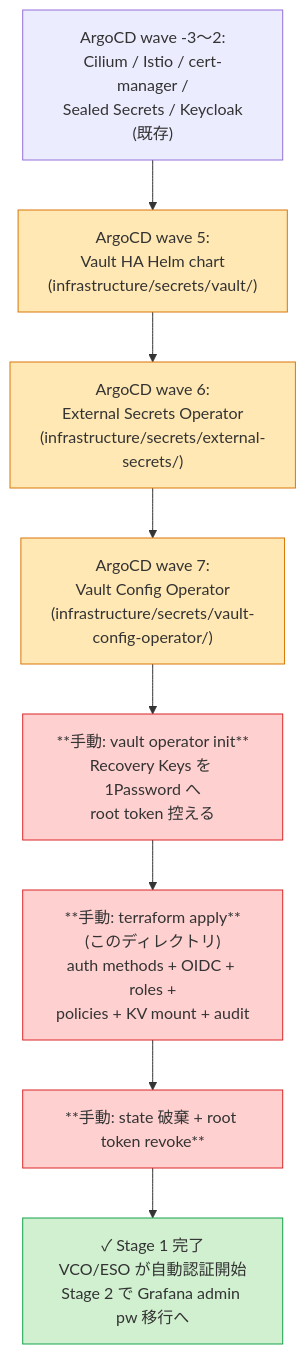
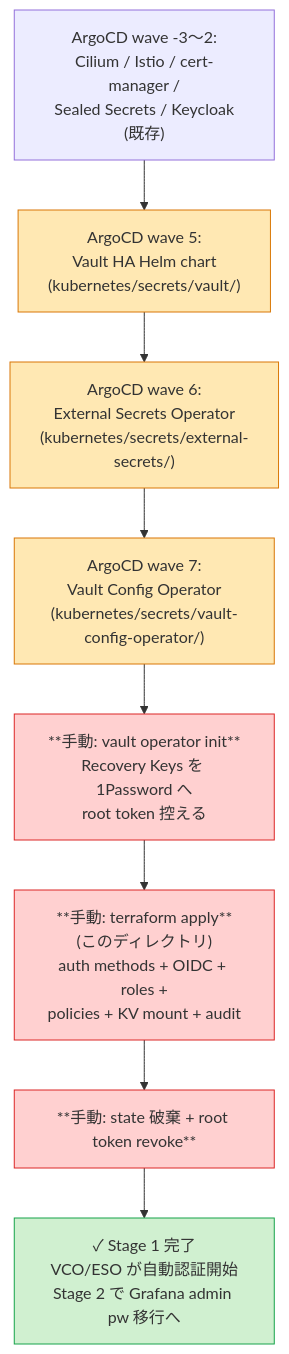
Before and after one commit to yu-min3/kensan-lab: the diagram in bootstrap/vault/README.md, drawn with Mermaid. The commit also changed other lines of this file and 276 other files, not shown here.

First line of the commit message:
refactor: infrastructure/ → kubernetes/ にリネーム (#322)

````diff
--- a/bootstrap/vault/README.md
+++ b/bootstrap/vault/README.md
@@ -85,21 +85,21 @@
 ```mermaid
 flowchart TB
     A["ArgoCD wave -3〜2:<br/>Cilium / Istio / cert-manager /<br/>Sealed Secrets / Keycloak<br/>(既存)"]
-    B["ArgoCD wave 5:<br/>Vault HA Helm chart<br/>(infrastructure/secrets/vault/)"]
-    C["ArgoCD wave 6:<br/>External Secrets Operator<br/>(infrastructure/secrets/external-secrets/)"]
-    D["ArgoCD wave 7:<br/>Vault Config Operator<br/>(infrastructure/secrets/vault-config-operator/)"]
+    B["ArgoCD wave 5:<br/>Vault HA Helm chart<br/>(kubernetes/secrets/vault/)"]
+    C["ArgoCD wave 6:<br/>External Secrets Operator<br/>(kubernetes/secrets/external-secrets/)"]
+    D["ArgoCD wave 7:<br/>Vault Config Operator<br/>(kubernetes/secrets/vault-config-operator/)"]
     E["**手動: vault operator init**<br/>Recovery Keys を 1Password へ<br/>root token 控える"]
     F["**手動: terraform apply**<br/>(このディレクトリ)<br/>auth methods + OIDC + roles +<br/>policies + KV mount + audit"]
     G["**手動: state 破棄 + root token revoke**"]
     H["✓ Stage 1 完了<br/>VCO/ESO が自動認証開始<br/>Stage 2 で Grafana admin pw 移行へ"]
 
     A --> B --> C --> D --> E --> F --> G --> H
 
     style B fill:#ffe8b3,stroke:#d97706
     style C fill:#ffe8b3,stroke:#d97706
     style D fill:#ffe8b3,stroke:#d97706
     style E fill:#ffd0d0,stroke:#dc2626
     style F fill:#ffd0d0,stroke:#dc2626
     style G fill:#ffd0d0,stroke:#dc2626
     style H fill:#d0f0d0,stroke:#16a34a
 ```
````
